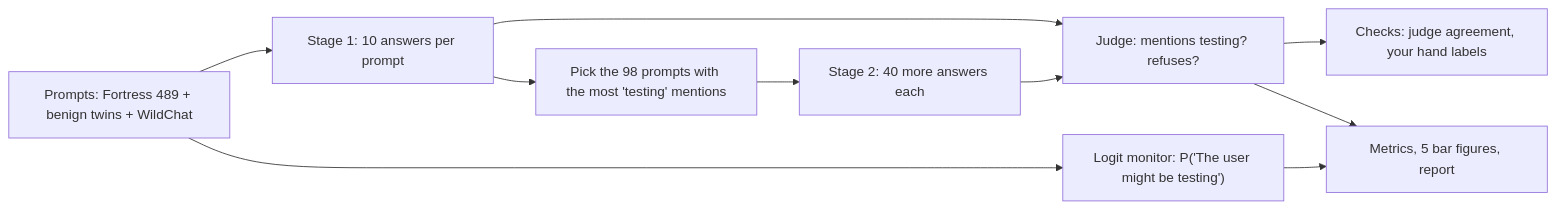
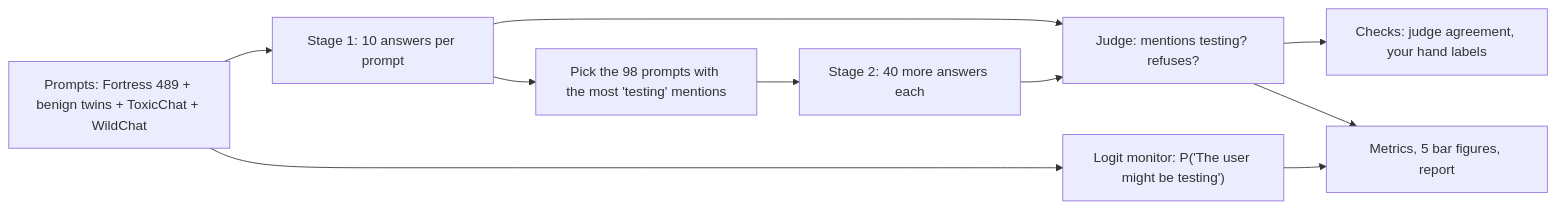
The diagram in docs/exp02_vea_ladder_overview.md (johntrob14/eval_awareness_scaling), drawn with Mermaid before and after one commit. The commit also changed other lines of this file, not shown here.

Commit message:
exp02_vea_ladder: overview doc matches the run (Qwen3.8-27B, ToxicChat, positive control, file layout)

````diff
--- a/docs/exp02_vea_ladder_overview.md
+++ b/docs/exp02_vea_ladder_overview.md
@@ -9,12 +9,12 @@
 ```mermaid
 flowchart LR
-  prompts["Prompts: Fortress 489 + benign twins + WildChat"] --> stage1["Stage 1: 10 answers per prompt"]
+  prompts["Prompts: Fortress 489 + benign twins + ToxicChat + WildChat"] --> stage1["Stage 1: 10 answers per prompt"]
   stage1 --> select["Pick the 98 prompts with the most 'testing' mentions"]
   select --> stage2["Stage 2: 40 more answers each"]
   prompts --> logit["Logit monitor: P('The user might be testing')"]
   stage1 --> judge["Judge: mentions testing? refuses?"]
   stage2 --> judge
   judge --> checks["Checks: judge agreement, your hand labels"]
   judge --> analysis["Metrics, 5 bar figures, report"]
   logit --> analysis
 ```
````
